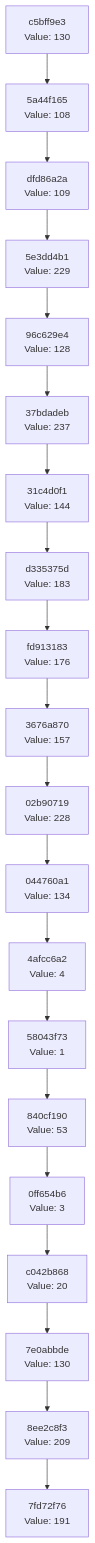
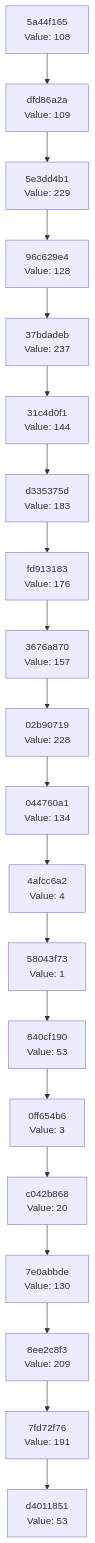
Before and after one commit to Abhisheksinha1506/hash-chain-evolver: the diagram in docs/CHAIN_VISUALIZATION.md, drawn with Mermaid. The commit also changed 1 other file, not shown here.

Commit message:
Evolution step: hash 0x35 → action executed

````diff
--- a/docs/CHAIN_VISUALIZATION.md
+++ b/docs/CHAIN_VISUALIZATION.md
@@ -3,42 +3,42 @@
 ```mermaid
 graph TD
-    C0["7fd72f76<br/>Value: 191"]
-    C1["8ee2c8f3<br/>Value: 209"]
+    C0["d4011851<br/>Value: 53"]
+    C1["7fd72f76<br/>Value: 191"]
     C1 --> C0
-    C2["7e0abbde<br/>Value: 130"]
+    C2["8ee2c8f3<br/>Value: 209"]
     C2 --> C1
-    C3["c042b868<br/>Value: 20"]
+    C3["7e0abbde<br/>Value: 130"]
     C3 --> C2
-    C4["0ff654b6<br/>Value: 3"]
+    C4["c042b868<br/>Value: 20"]
     C4 --> C3
-    C5["840cf190<br/>Value: 53"]
+    C5["0ff654b6<br/>Value: 3"]
     C5 --> C4
-    C6["58043f73<br/>Value: 1"]
+    C6["840cf190<br/>Value: 53"]
     C6 --> C5
-    C7["4afcc6a2<br/>Value: 4"]
+    C7["58043f73<br/>Value: 1"]
     C7 --> C6
-    C8["044760a1<br/>Value: 134"]
+    C8["4afcc6a2<br/>Value: 4"]
     C8 --> C7
-    C9["02b90719<br/>Value: 228"]
+    C9["044760a1<br/>Value: 134"]
     C9 --> C8
-    C10["3676a870<br/>Value: 157"]
+    C10["02b90719<br/>Value: 228"]
     C10 --> C9
-    C11["fd913183<br/>Value: 176"]
+    C11["3676a870<br/>Value: 157"]
     C11 --> C10
-    C12["d335375d<br/>Value: 183"]
+    C12["fd913183<br/>Value: 176"]
     C12 --> C11
-    C13["31c4d0f1<br/>Value: 144"]
+    C13["d335375d<br/>Value: 183"]
     C13 --> C12
-    C14["37bdadeb<br/>Value: 237"]
+    C14["31c4d0f1<br/>Value: 144"]
     C14 --> C13
-    C15["96c629e4<br/>Value: 128"]
+    C15["37bdadeb<br/>Value: 237"]
     C15 --> C14
-    C16["5e3dd4b1<br/>Value: 229"]
+    C16["96c629e4<br/>Value: 128"]
     C16 --> C15
-    C17["dfd86a2a<br/>Value: 109"]
+    C17["5e3dd4b1<br/>Value: 229"]
     C17 --> C16
-    C18["5a44f165<br/>Value: 108"]
+    C18["dfd86a2a<br/>Value: 109"]
     C18 --> C17
-    C19["c5bff9e3<br/>Value: 130"]
+    C19["5a44f165<br/>Value: 108"]
     C19 --> C18
 ```
````
